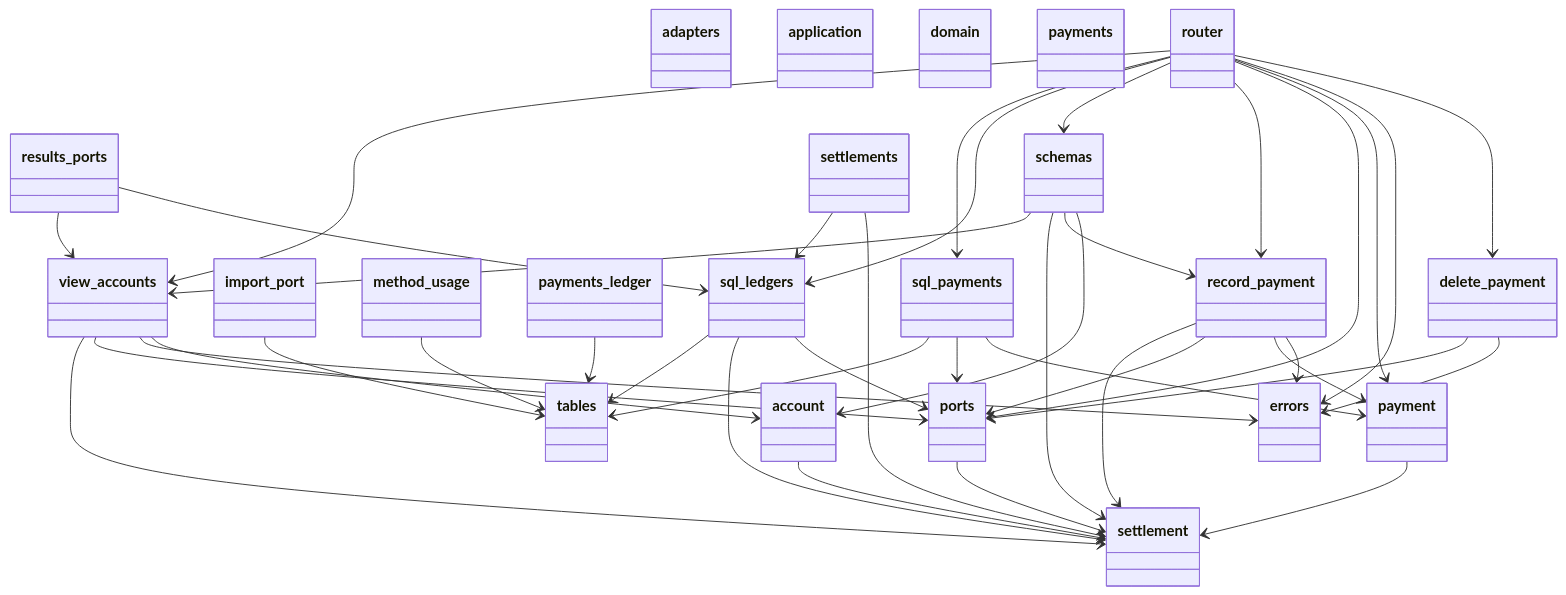
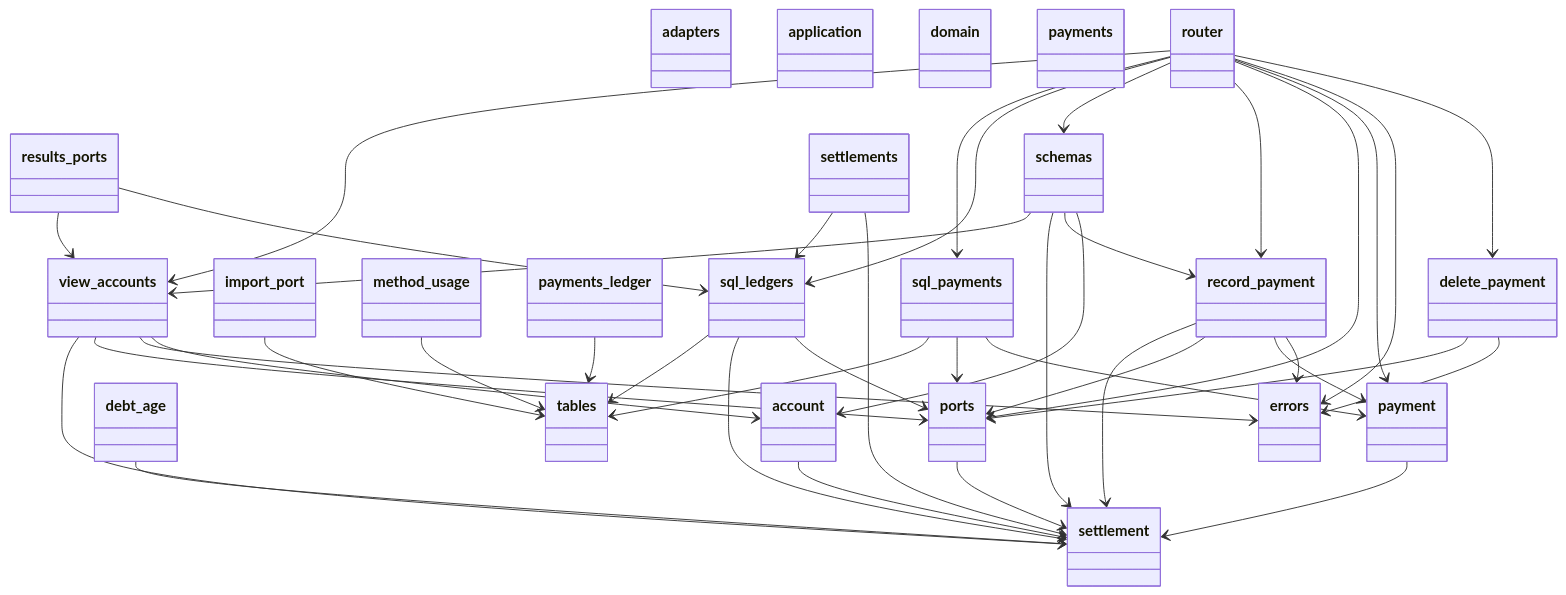
Before and after one commit to GonzaloZevallos/apostrophe: the first of 4 diagrams in docs/architecture/generated/classes/payments.md, drawn with Mermaid. The commit also changed other lines of this file and 1 other file, not shown here.

```diff
--- a/docs/architecture/generated/classes/payments.md
+++ b/docs/architecture/generated/classes/payments.md
@@ -11,6 +11,8 @@
   class adapters {
   }
   class application {
+  }
+  class debt_age {
   }
   class delete_payment {
   }
@@ -51,6 +53,7 @@
   class view_accounts {
   }
   account --> settlement
+  debt_age --> settlement
   delete_payment --> errors
   delete_payment --> ports
   import_port --> tables
```
